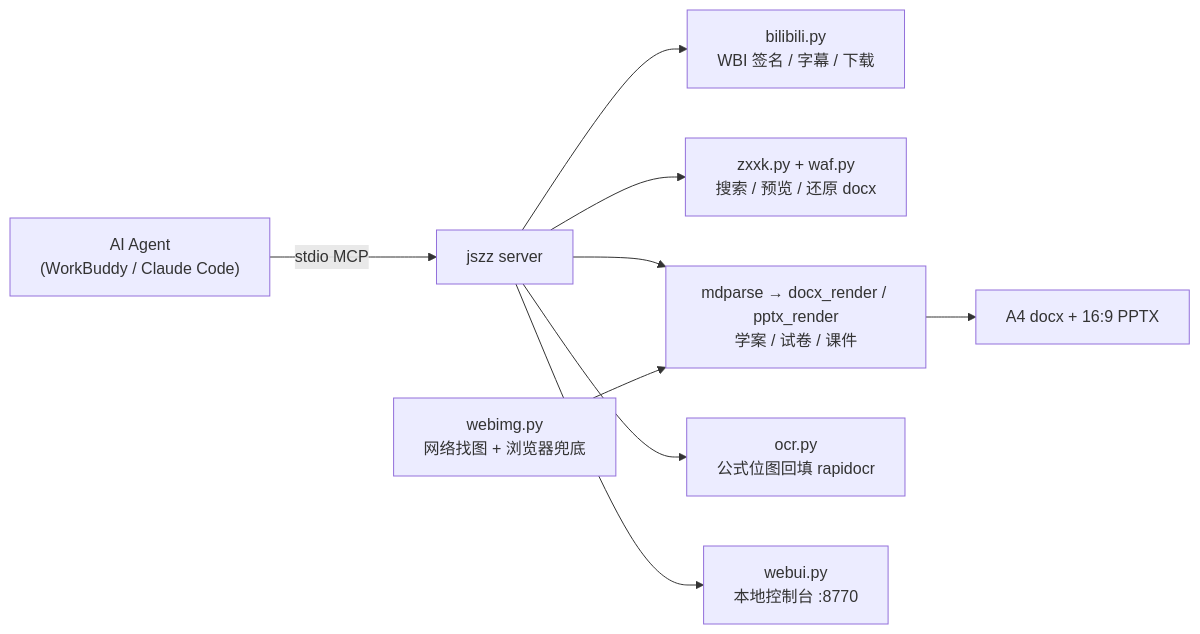
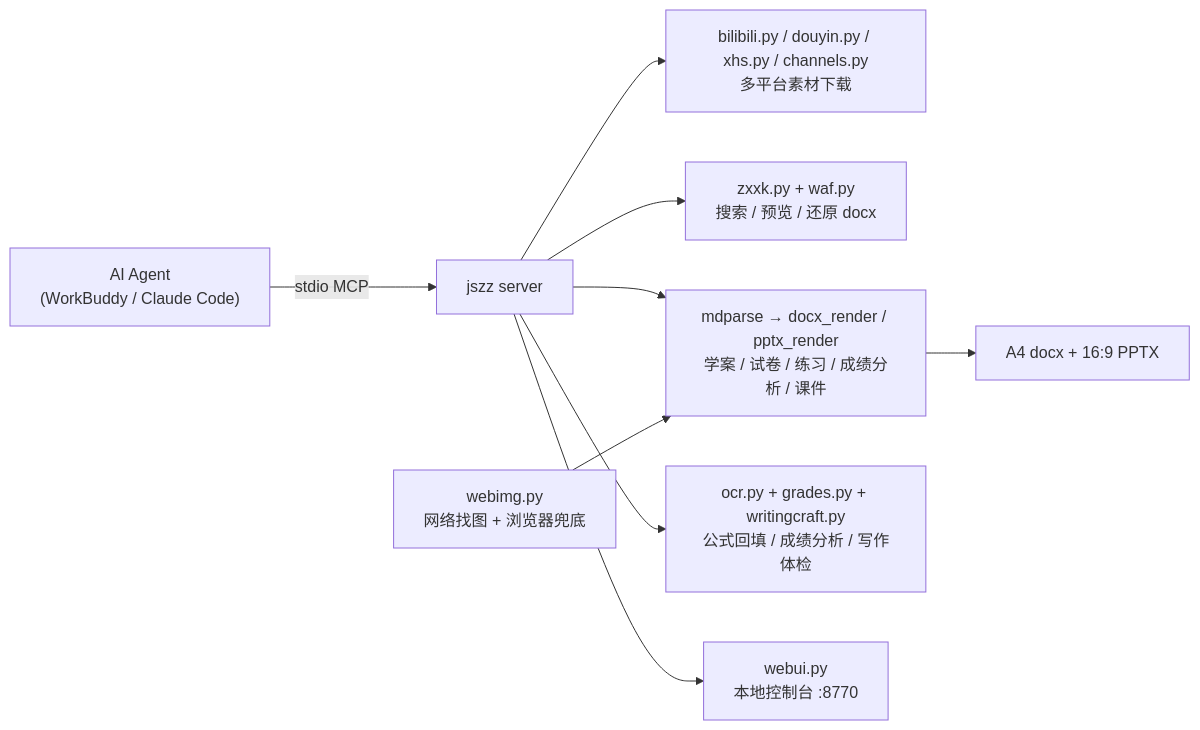
The diagram in README.md (wohongshi/jszz), drawn with Mermaid before and after one commit. The commit also changed other lines of this file and 25 other files, not shown here.

First line of the commit message:
jszz v1.14–1.20：九科化 + 深读 + 图片 + 浏览器兜底 + OCR 三修

````diff
--- a/README.md
+++ b/README.md
@@ -70,11 +87,11 @@
 ```mermaid
 flowchart LR
     A["AI Agent<br>(WorkBuddy / Claude Code)"] -->|stdio MCP| B["jszz server"]
-    B --> C["bilibili.py<br>WBI 签名 / 字幕 / 下载"]
+    B --> C["bilibili.py / douyin.py / xhs.py / channels.py<br>多平台素材下载"]
     B --> D["zxxk.py + waf.py<br>搜索 / 预览 / 还原 docx"]
-    B --> E["mdparse → docx_render / pptx_render<br>学案 / 试卷 / 课件"]
-    B --> F["ocr.py<br>公式位图回填 rapidocr"]
+    B --> E["mdparse → docx_render / pptx_render<br>学案 / 试卷 / 练习 / 成绩分析 / 课件"]
+    B --> F["ocr.py + grades.py + writingcraft.py<br>公式回填 / 成绩分析 / 写作体检"]
     B --> G["webui.py<br>本地控制台 :8770"]
     E --> H["A4 docx + 16:9 PPTX"]
     I["webimg.py<br>网络找图 + 浏览器兜底"] --> E
 ```
````
